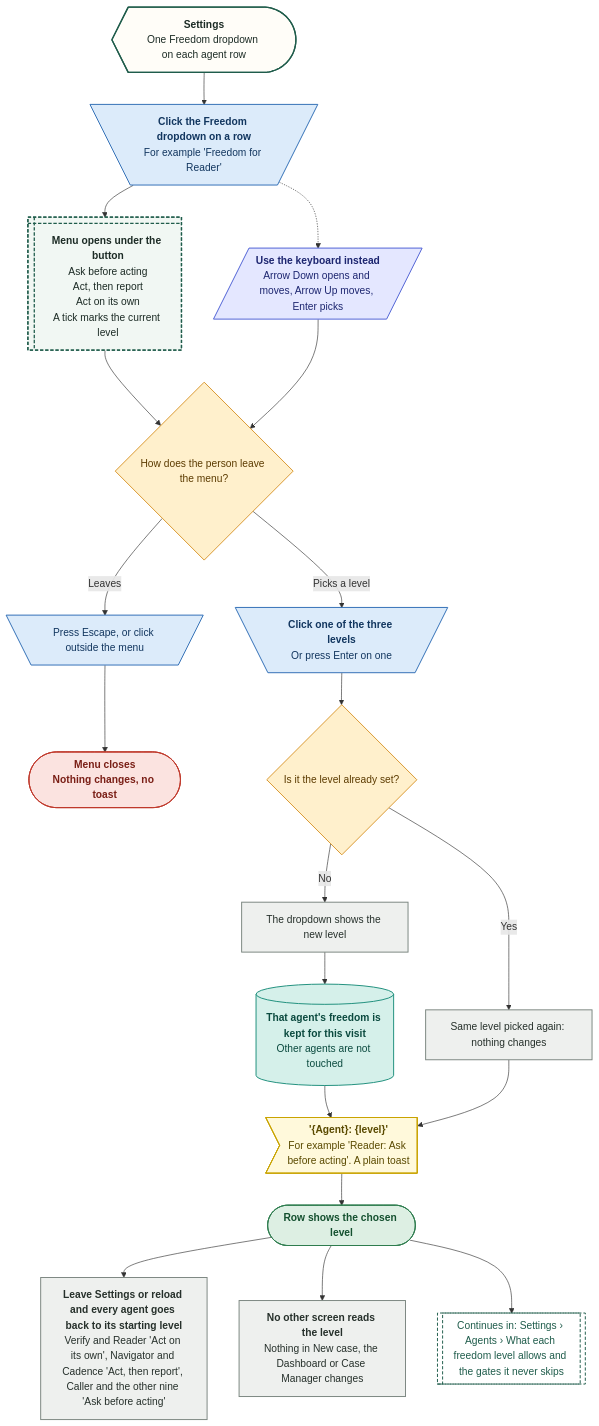
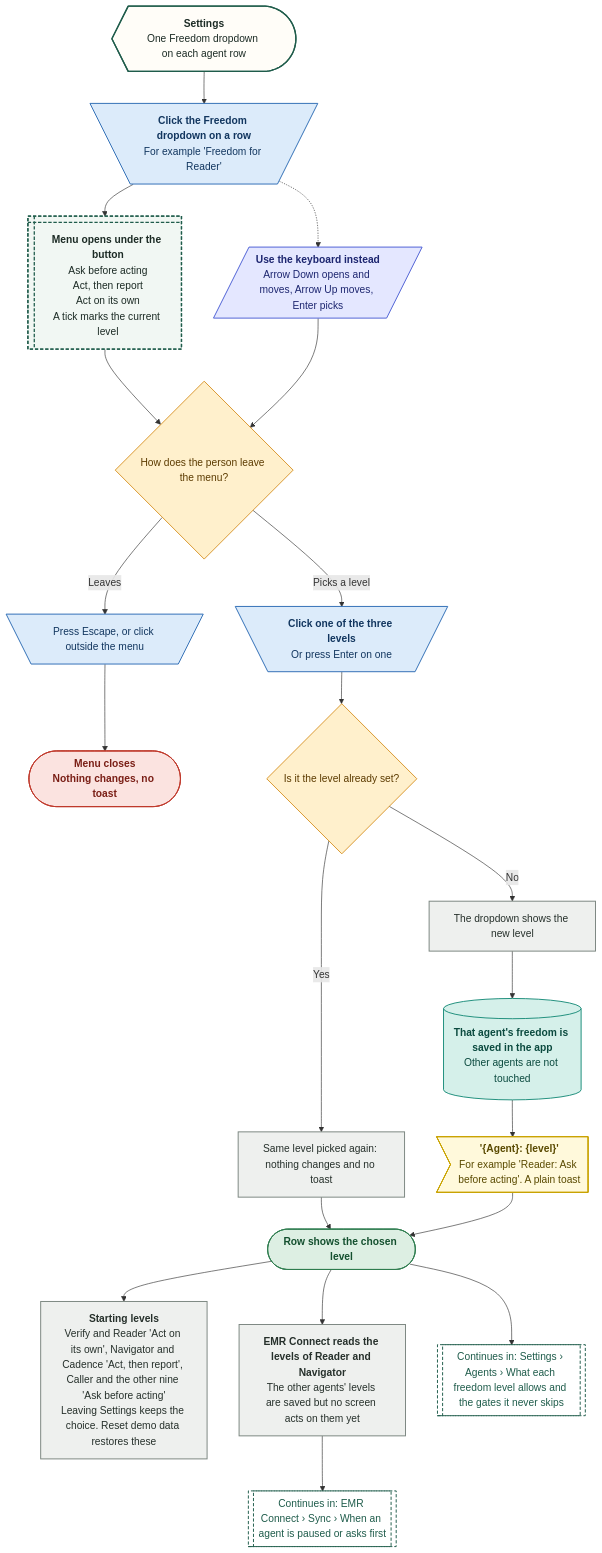
One commit to Shrav143/psyfloapp changed the second of 10 diagrams in demos/prior-auth-demo/workflows/out/md/11-settings.md. Above: the diagram before and after it, drawn with Mermaid. The commit also changed other lines of this file and 195 other files, not shown here.

First line of the commit message:
docs: Rebuild workflow diagrams after the demo fixes (220 diagrams)

````diff
--- a/demos/prior-auth-demo/workflows/out/md/11-settings.md
+++ b/demos/prior-auth-demo/workflows/out/md/11-settings.md
@@ -117,58 +120,60 @@
 ```mermaid
 %%{init: {"theme":"base","themeVariables":{"fontFamily":"'DM Sans', 'Segoe UI', system-ui, sans-serif","fontSize":"15px","lineColor":"#5B6B63","primaryTextColor":"#1C2B25","clusterBkg":"#FBF8F3","clusterBorder":"#D9CDBB","edgeLabelBackground":"#FFFFFF"},"flowchart":{"curve":"basis","nodeSpacing":36,"rankSpacing":48,"padding":12,"htmlLabels":true,"useMaxWidth":false,"wrappingWidth":230}} }%%
 flowchart TD
   classDef k_start fill:#1F5C4B,stroke:#174638,color:#FFFFFF,stroke-width:1.5px,font-weight:600
   classDef k_end fill:#DDEFE3,stroke:#2E7D4F,color:#14502F,stroke-width:1.5px,font-weight:600
   classDef k_endx fill:#FBE3E0,stroke:#C0392B,color:#7A1F16,stroke-width:1.5px,font-weight:600
   classDef k_screen fill:#FFFDF8,stroke:#1F5C4B,color:#1C2B25,stroke-width:2px
   classDef k_overlay fill:#F1F7F3,stroke:#1F5C4B,color:#1C2B25,stroke-width:2px,stroke-dasharray:5 3
   classDef k_click fill:#DCEBFA,stroke:#2F6DB5,color:#12365F,stroke-width:1.5px
   classDef k_input fill:#E4E7FF,stroke:#4C5FD5,color:#1D2670,stroke-width:1.5px
   classDef k_process fill:#EEF0EE,stroke:#7A857F,color:#26302B,stroke-width:1.5px
   classDef k_agent fill:#EEE5FA,stroke:#7A4FC2,color:#341A63,stroke-width:1.5px
   classDef k_decision fill:#FFF0CC,stroke:#D9962B,color:#5C3B00,stroke-width:1.5px
   classDef k_store fill:#D5F0EA,stroke:#1C8E7B,color:#0B4A3F,stroke-width:1.5px
   classDef k_doc fill:#F6E9DC,stroke:#B07A4C,color:#4A2E14,stroke-width:1.5px
   classDef k_ext fill:#FFE6D2,stroke:#E07B39,color:#6B2F06,stroke-width:1.5px
   classDef k_wait fill:#E4E8EE,stroke:#6B7C93,color:#26303D,stroke-width:1.5px
   classDef k_toast fill:#FFF9DB,stroke:#C9A400,color:#5A4A00,stroke-width:1.5px
   classDef k_goto fill:#FFFFFF,stroke:#1F5C4B,color:#1F5C4B,stroke-width:1.5px,stroke-dasharray:5 3
   s1@{ shape: curv-trap, label: "<b>Settings</b><br/>One Freedom dropdown on each agent row" }
   c1@{ shape: trap-t, label: "<b>Click the Freedom dropdown on a row</b><br/>For example 'Freedom for Reader'" }
   o1@{ shape: win-pane, label: "<b>Menu opens under the button</b><br/>Ask before acting<br/>Act, then report<br/>Act on its own<br/>A tick marks the current level" }
   k1@{ shape: lean-r, label: "<b>Use the keyboard instead</b><br/>Arrow Down opens and moves, Arrow Up moves, Enter picks" }
   q1@{ shape: diam, label: "How does the person leave the menu?" }
   p1@{ shape: trap-t, label: "<b>Click one of the three levels</b><br/>Or press Enter on one" }
   p2@{ shape: trap-t, label: "Press Escape, or click outside the menu" }
   x1@{ shape: stadium, label: "<b>Menu closes</b><br/>Nothing changes, no toast" }
   q2@{ shape: diam, label: "Is it the level already set?" }
   a1@{ shape: rect, label: "The dropdown shows the new level" }
-  a2@{ shape: cyl, label: "<b>That agent's freedom is kept for this visit</b><br/>Other agents are not touched" }
-  a3@{ shape: rect, label: "Same level picked again: nothing changes" }
+  a2@{ shape: cyl, label: "<b>That agent's freedom is saved in the app</b><br/>Other agents are not touched" }
+  a3@{ shape: rect, label: "Same level picked again: nothing changes and no toast" }
   t1@{ shape: odd, label: "<b>'{Agent}: {level}'</b><br/>For example 'Reader: Ask before acting'. A plain toast" }
-  n1@{ shape: rect, label: "<b>Leave Settings or reload and every agent goes back to its starting level</b><br/>Verify and Reader 'Act on its own', Navigator and Cadence 'Act, then report', Caller and the other nine 'Ask before acting'" }
-  n2@{ shape: rect, label: "<b>No other screen reads the level</b><br/>Nothing in New case, the Dashboard or Case Manager changes" }
+  n1@{ shape: rect, label: "<b>Starting levels</b><br/>Verify and Reader 'Act on its own', Navigator and Cadence 'Act, then report', Caller and the other nine 'Ask before acting'<br/>Leaving Settings keeps the choice. Reset demo data restores these" }
+  n2@{ shape: rect, label: "<b>EMR Connect reads the levels of Reader and Navigator</b><br/>The other agents' levels are saved but no screen acts on them yet" }
   e1@{ shape: stadium, label: "Row shows the chosen level" }
   g1@{ shape: subproc, label: "Continues in: Settings › Agents › What each freedom level allows and the gates it never skips" }
+  g2@{ shape: subproc, label: "Continues in: EMR Connect › Sync › When an agent is paused or asks first" }
   s1 --> c1 --> o1 --> q1
   c1 -.-> k1
   k1 --> q1
   q1 -->|"Picks a level"| p1 --> q2
   q1 -->|"Leaves"| p2 --> x1
   q2 -->|"No"| a1 --> a2 --> t1
-  q2 -->|"Yes"| a3 --> t1
+  q2 -->|"Yes"| a3 --> e1
   t1 --> e1
   e1 --> n1 & n2
   e1 --> g1
+  n2 --> g2
   class s1 k_screen
   class c1,p1,p2 k_click
   class o1 k_overlay
   class k1 k_input
   class q1,q2 k_decision
   class x1 k_endx
   class a1,a3,n1,n2 k_process
   class a2 k_store
   class t1 k_toast
   class e1 k_end
-  class g1 k_goto
+  class g1,g2 k_goto
 ```
````
